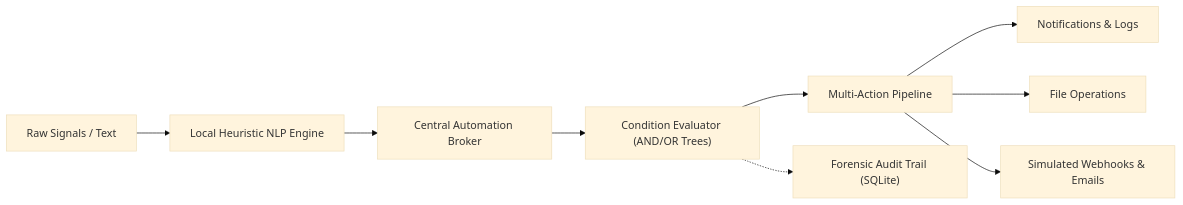
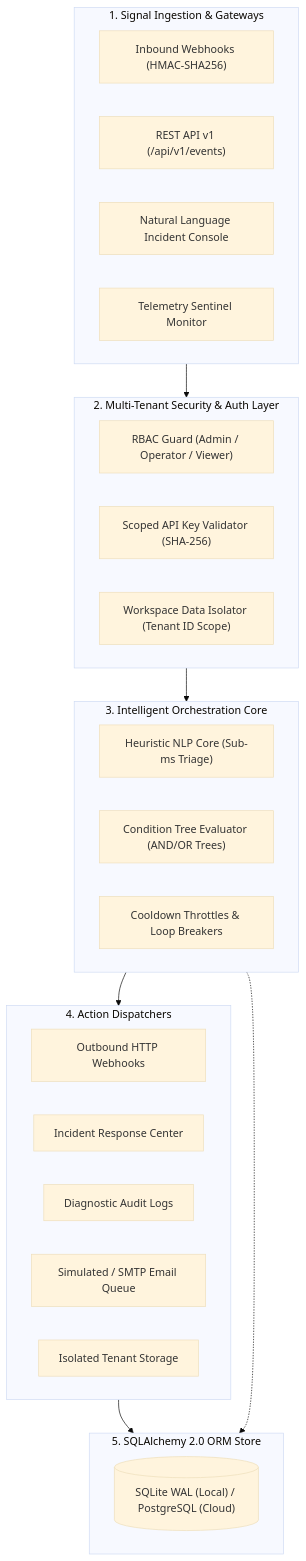
One commit to bashirahmad00047-create/AI-Automation-Command-Center changed the diagram in README.md. Above: the diagram before and after it, drawn with Mermaid (base theme). The commit also changed other lines of this file and 21 other files, not shown here.

Commit message:
feat: complete enterprise multi-tenant workflow and lead automation SaaS platform

````diff
--- a/README.md
+++ b/README.md
@@ -20,11 +21,39 @@
 ```mermaid
-flowchart LR
-    A["Raw Signals / Text"] --> B["Local Heuristic NLP Engine"]
-    B --> C["Central Automation Broker"]
-    C --> D["Condition Evaluator (AND/OR Trees)"]
-    D --> E["Multi-Action Pipeline"]
-    E --> F["Notifications & Logs"]
-    E --> G["File Operations"]
-    E --> H["Simulated Webhooks & Emails"]
-    D -.-> I["Forensic Audit Trail (SQLite)"]
+flowchart TD
+    subgraph Ingestion ["1. Signal Ingestion & Gateways"]
+        WH["Inbound Webhooks (HMAC-SHA256)"]
+        API["REST API v1 (/api/v1/events)"]
+        NLP_IN["Natural Language Incident Console"]
+        METRICS["Telemetry Sentinel Monitor"]
+    end
+
+    subgraph Security ["2. Multi-Tenant Security & Auth Layer"]
+        AUTH["RBAC Guard (Admin / Operator / Viewer)"]
+        KEY["Scoped API Key Validator (SHA-256)"]
+        TENANT["Workspace Data Isolator (Tenant ID Scope)"]
+    end
+
+    subgraph Engine ["3. Intelligent Orchestration Core"]
+        NLP_CORE["Heuristic NLP Core (Sub-ms Triage)"]
+        EVAL["Condition Tree Evaluator (AND/OR Trees)"]
+        THROTTLE["Cooldown Throttles & Loop Breakers"]
+    end
+
+    subgraph Actions ["4. Action Dispatchers"]
+        ACT_WH["Outbound HTTP Webhooks"]
+        ACT_ALERT["Incident Response Center"]
+        ACT_LOG["Diagnostic Audit Logs"]
+        ACT_EMAIL["Simulated / SMTP Email Queue"]
+        ACT_FILE["Isolated Tenant Storage"]
+    end
+
+    subgraph Persistence ["5. SQLAlchemy 2.0 ORM Store"]
+        DB[("SQLite WAL (Local) / PostgreSQL (Cloud)")]
+    end
+
+    Ingestion --> Security
+    Security --> Engine
+    Engine --> Actions
+    Actions --> Persistence
+    Engine -.-> Persistence
 ```
````
